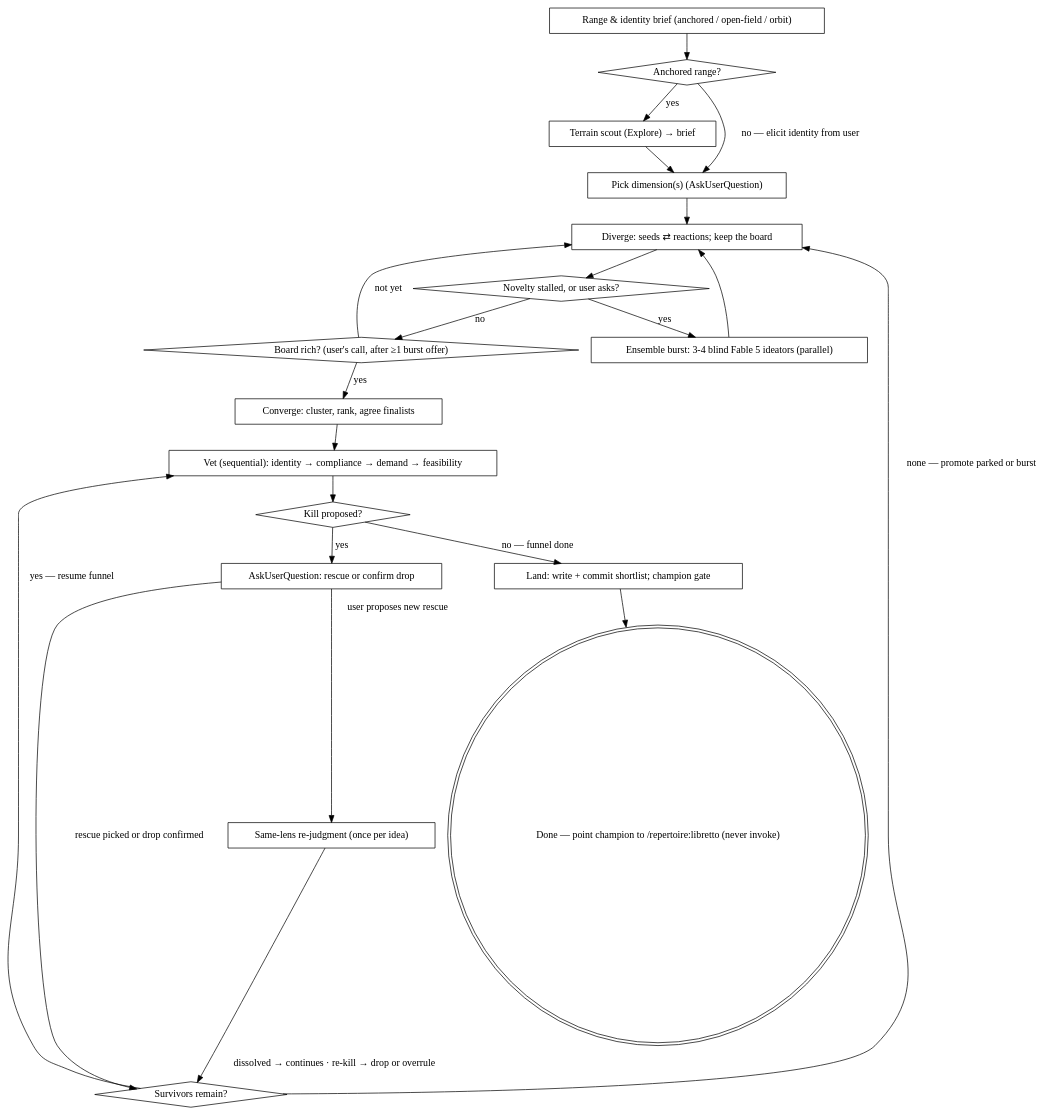
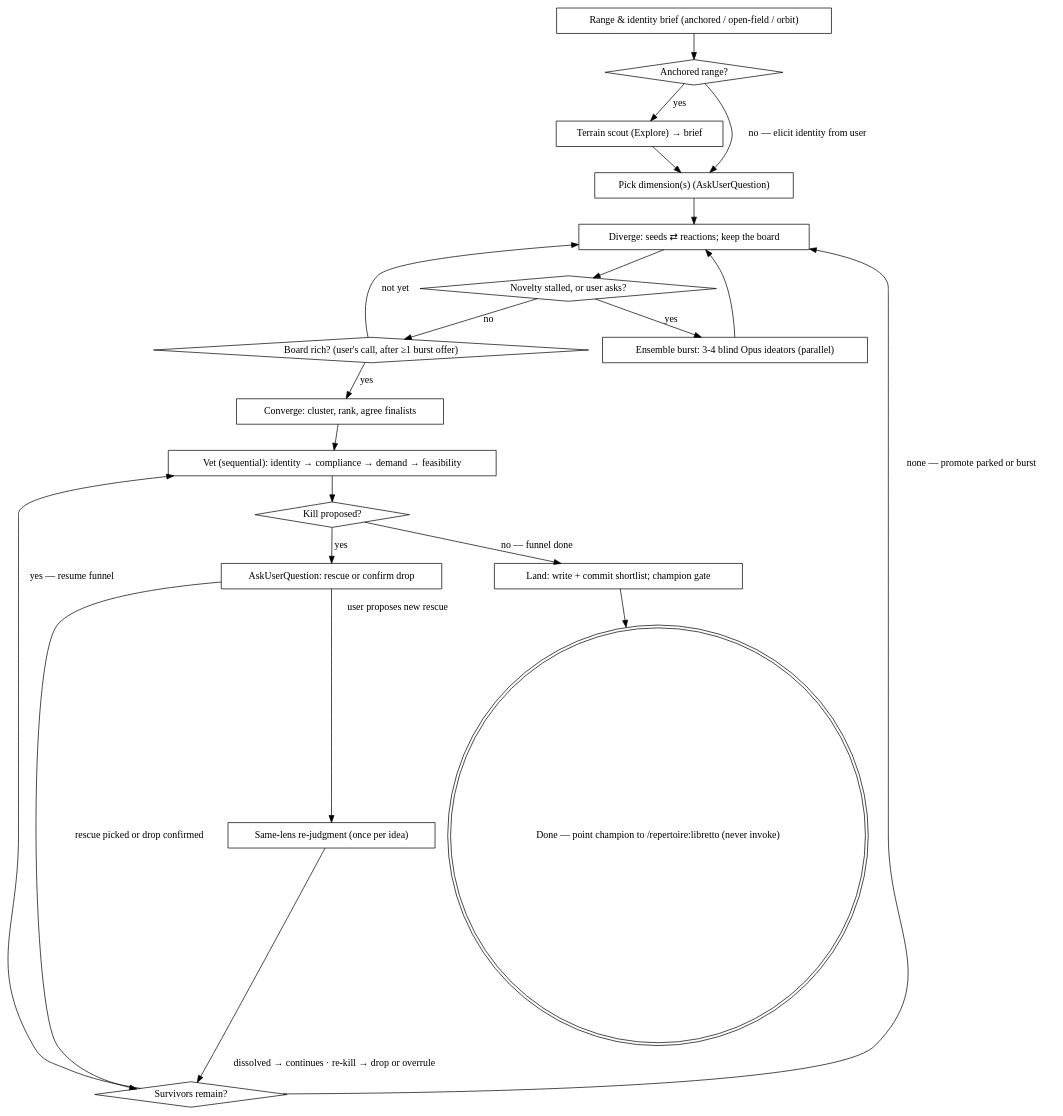
One commit to PythonShe/Repertoire changed the diagram in skills/eureka/SKILL.md. Above: the diagram before and after it, drawn with Graphviz. The commit also changed other lines of this file and 38 other files, not shown here.

First line of the commit message:
feat: retune every subagent seat to Opus at xhigh — Fable 5 suspended by export order

````diff
--- a/skills/eureka/SKILL.md
+++ b/skills/eureka/SKILL.md
@@ -74,43 +74,43 @@
 ```dot
 digraph eureka {
     rankdir=TB;
     "Range & identity brief (anchored / open-field / orbit)" [shape=box];
     "Anchored range?" [shape=diamond];
     "Terrain scout (Explore) → brief" [shape=box];
     "Pick dimension(s) (AskUserQuestion)" [shape=box];
     "Diverge: seeds ⇄ reactions; keep the board" [shape=box];
     "Novelty stalled, or user asks?" [shape=diamond];
-    "Ensemble burst: 3-4 blind Fable 5 ideators (parallel)" [shape=box];
+    "Ensemble burst: 3-4 blind Opus ideators (parallel)" [shape=box];
     "Board rich? (user's call, after ≥1 burst offer)" [shape=diamond];
     "Converge: cluster, rank, agree finalists" [shape=box];
     "Vet (sequential): identity → compliance → demand → feasibility" [shape=box];
     "Kill proposed?" [shape=diamond];
     "AskUserQuestion: rescue or confirm drop" [shape=box];
     "Same-lens re-judgment (once per idea)" [shape=box];
     "Survivors remain?" [shape=diamond];
     "Land: write + commit shortlist; champion gate" [shape=box];
     "Done — point champion to /repertoire:libretto (never invoke)" [shape=doublecircle];
 
     "Range & identity brief (anchored / open-field / orbit)" -> "Anchored range?";
     "Anchored range?" -> "Terrain scout (Explore) → brief" [label="yes"];
     "Anchored range?" -> "Pick dimension(s) (AskUserQuestion)" [label="no — elicit identity from user"];
     "Terrain scout (Explore) → brief" -> "Pick dimension(s) (AskUserQuestion)";
     "Pick dimension(s) (AskUserQuestion)" -> "Diverge: seeds ⇄ reactions; keep the board";
     "Diverge: seeds ⇄ reactions; keep the board" -> "Novelty stalled, or user asks?";
-    "Novelty stalled, or user asks?" -> "Ensemble burst: 3-4 blind Fable 5 ideators (parallel)" [label="yes"];
+    "Novelty stalled, or user asks?" -> "Ensemble burst: 3-4 blind Opus ideators (parallel)" [label="yes"];
     "Novelty stalled, or user asks?" -> "Board rich? (user's call, after ≥1 burst offer)" [label="no"];
-    "Ensemble burst: 3-4 blind Fable 5 ideators (parallel)" -> "Diverge: seeds ⇄ reactions; keep the board";
+    "Ensemble burst: 3-4 blind Opus ideators (parallel)" -> "Diverge: seeds ⇄ reactions; keep the board";
     "Board rich? (user's call, after ≥1 burst offer)" -> "Diverge: seeds ⇄ reactions; keep the board" [label="not yet"];
     "Board rich? (user's call, after ≥1 burst offer)" -> "Converge: cluster, rank, agree finalists" [label="yes"];
     "Converge: cluster, rank, agree finalists" -> "Vet (sequential): identity → compliance → demand → feasibility";
     "Vet (sequential): identity → compliance → demand → feasibility" -> "Kill proposed?";
     "Kill proposed?" -> "AskUserQuestion: rescue or confirm drop" [label="yes"];
     "Kill proposed?" -> "Land: write + commit shortlist; champion gate" [label="no — funnel done"];
     "AskUserQuestion: rescue or confirm drop" -> "Survivors remain?" [label="rescue picked or drop confirmed"];
     "AskUserQuestion: rescue or confirm drop" -> "Same-lens re-judgment (once per idea)" [label="user proposes new rescue"];
     "Same-lens re-judgment (once per idea)" -> "Survivors remain?" [label="dissolved → continues · re-kill → drop or overrule"];
     "Survivors remain?" -> "Vet (sequential): identity → compliance → demand → feasibility" [label="yes — resume funnel"];
     "Survivors remain?" -> "Diverge: seeds ⇄ reactions; keep the board" [label="none — promote parked or burst"];
     "Land: write + commit shortlist; champion gate" -> "Done — point champion to /repertoire:libretto (never invoke)";
 }
 ```
````
